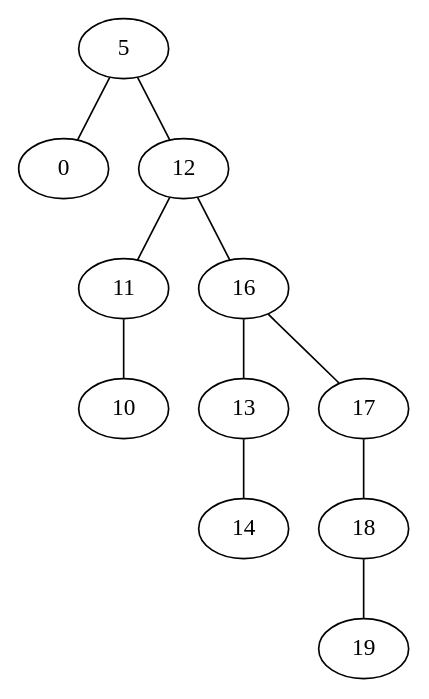
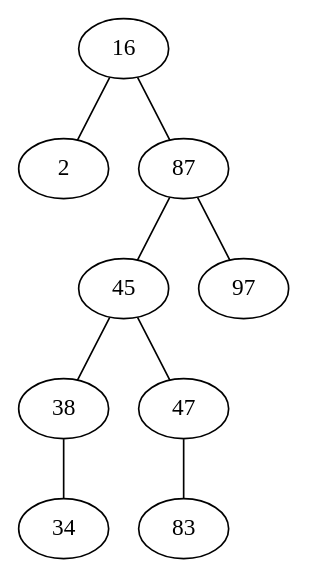
The diagram in Main/main.dot (kevllino/Multithreading), drawn with Graphviz before and after one commit. The commit also changed 8 other files, not shown here.

Commit message:
Ajout Graphe

```diff
--- a/Main/main.dot
+++ b/Main/main.dot
@@ -1,12 +1,10 @@
 graph main {
-5 -- 0
-5 -- 12;
-12 -- 11
-12 -- 16;
-11 -- 10
-16 -- 13
-16 -- 17;
-13 -- 14;
-17 -- 18;
-18 -- 19;
+16 -- 2
+16 -- 87;
+87 -- 45
+87 -- 97;
+45 -- 38
+45 -- 47;
+38 -- 34
+47 -- 83;
 }
```
